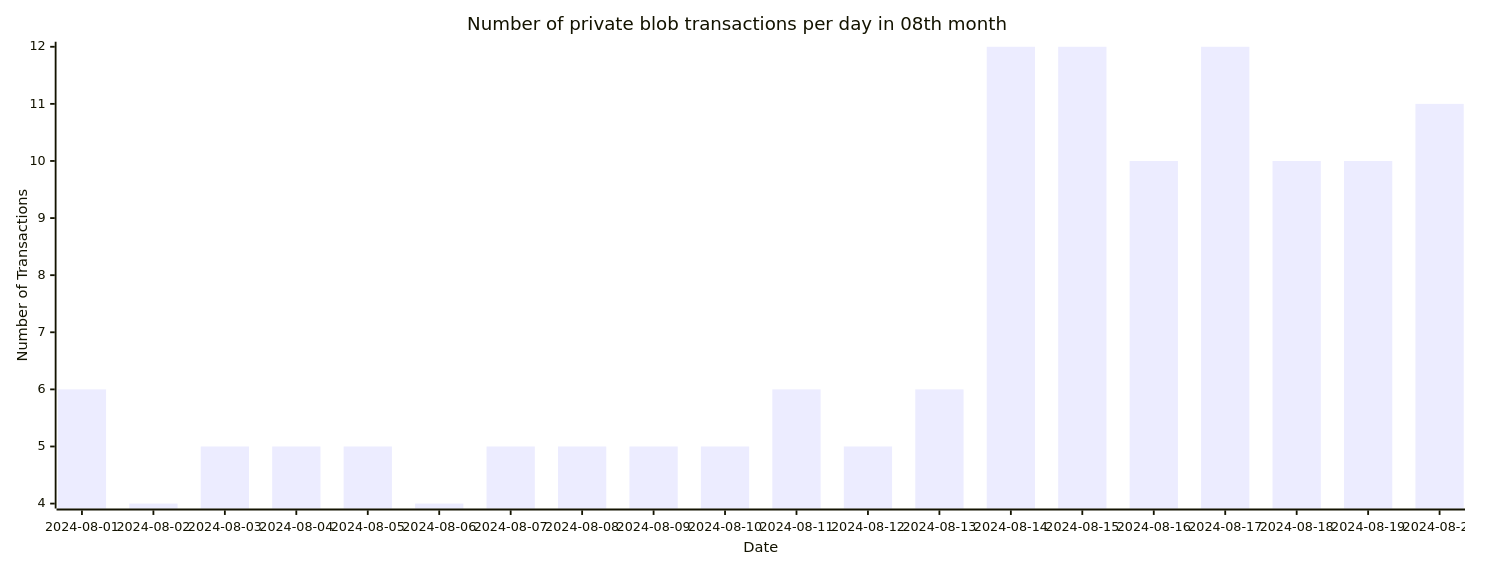
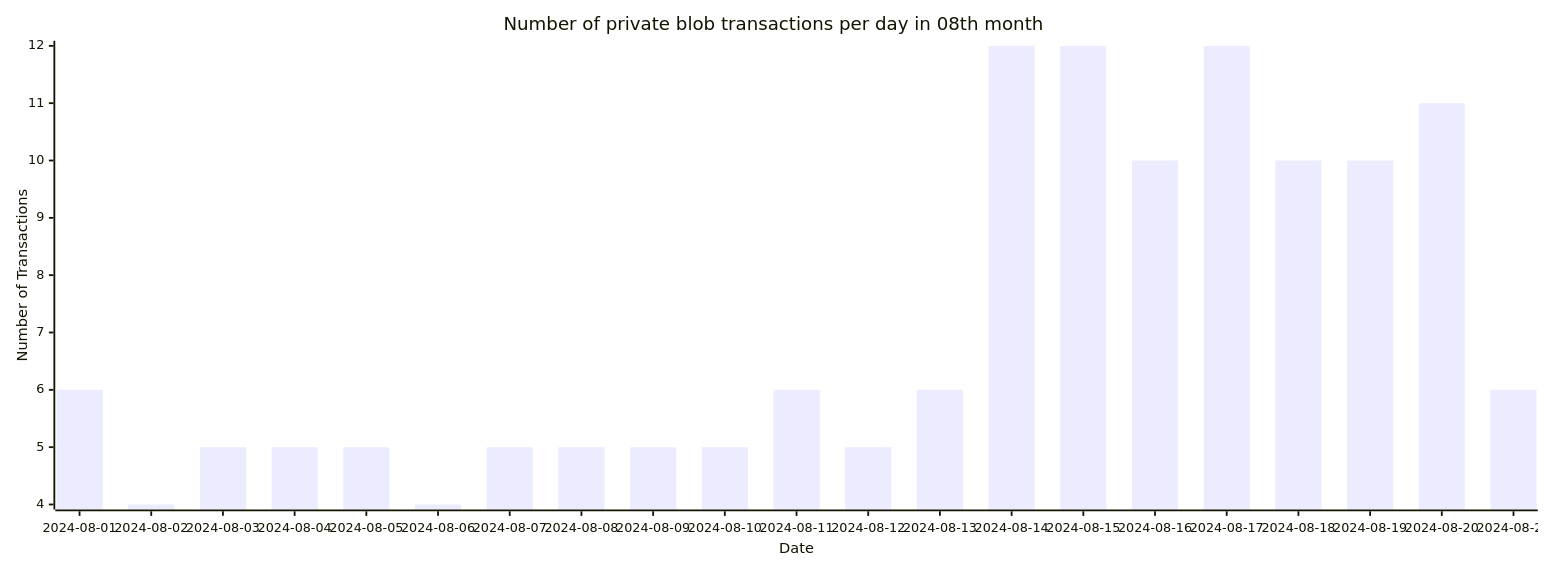
Before and after one commit to Amit0617/eip4844-data: the sixth of 6 diagrams in README.md, drawn with Mermaid. The commit also changed 1 other file, not shown here.

````diff
--- a/README.md
+++ b/README.md
@@ -66,12 +66,12 @@
 ```mermaid
 ---
 config:
     xyChart:
-        width: 1600
+        width: 1680
         height: 600
 ---
 xychart-beta title "Number of private blob transactions per day in 08th month"
-x-axis "Date" [2024-08-01,2024-08-02,2024-08-03,2024-08-04,2024-08-05,2024-08-06,2024-08-07,2024-08-08,2024-08-09,2024-08-10,2024-08-11,2024-08-12,2024-08-13,2024-08-14,2024-08-15,2024-08-16,2024-08-17,2024-08-18,2024-08-19,2024-08-20]
+x-axis "Date" [2024-08-01,2024-08-02,2024-08-03,2024-08-04,2024-08-05,2024-08-06,2024-08-07,2024-08-08,2024-08-09,2024-08-10,2024-08-11,2024-08-12,2024-08-13,2024-08-14,2024-08-15,2024-08-16,2024-08-17,2024-08-18,2024-08-19,2024-08-20,2024-08-21]
 y-axis "Number of Transactions"
-bar[6,4,5,5,5,4,5,5,5,5,6,5,6,12,12,10,12,10,10,11]
+bar[6,4,5,5,5,4,5,5,5,5,6,5,6,12,12,10,12,10,10,11,6]
 ```
````
